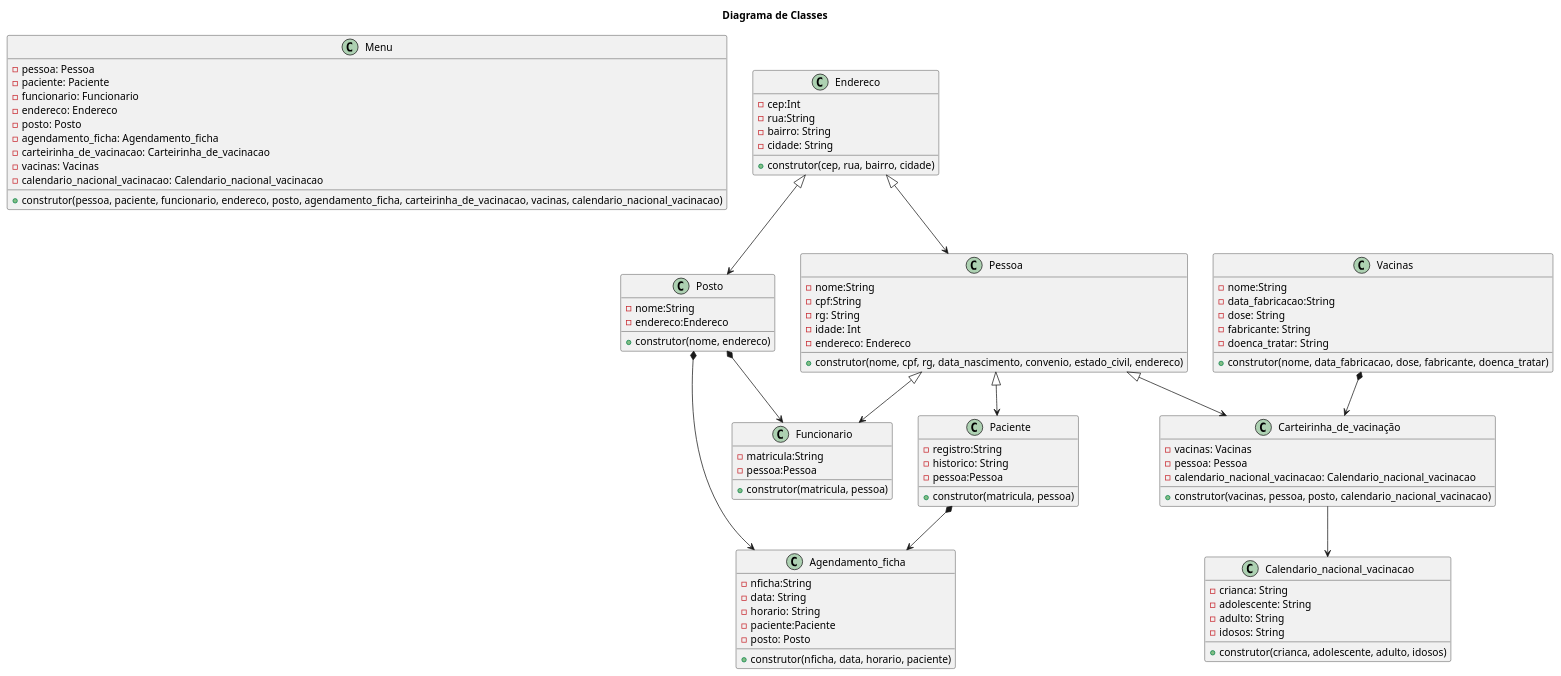
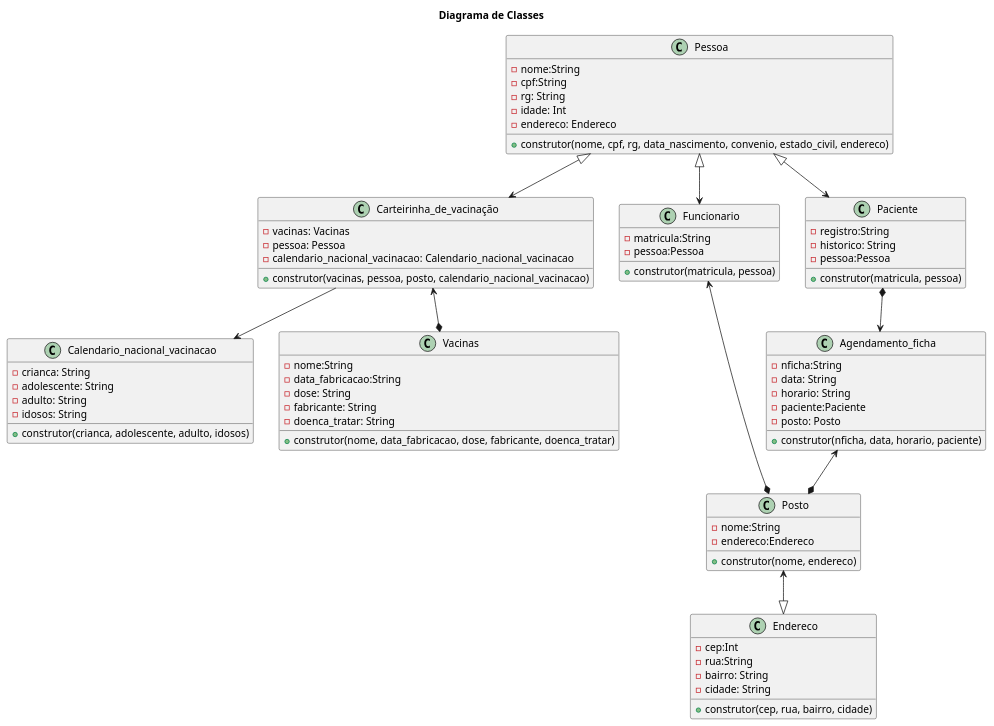
One commit to anleaes/2022-1-N2-POO-04 changed the diagram in @startuml herenca composicao.plantUML. Above: the diagram before and after it, drawn with PlantUML. The commit also changed 3 other files, not shown here.

```diff
--- a/@startuml herenca composicao.plantUML
+++ b/@startuml herenca composicao.plantUML
@@ -1,104 +1,90 @@
 @startuml herenca composicao
 
 title Diagrama de Classes
 
-class Menu{
-    -pessoa: Pessoa
-    -paciente: Paciente
-    -funcionario: Funcionario
-    -endereco: Endereco
-    -posto: Posto
-    -agendamento_ficha: Agendamento_ficha
-    -carteirinha_de_vacinacao: Carteirinha_de_vacinacao
-    -vacinas: Vacinas
-    -calendario_nacional_vacinacao: Calendario_nacional_vacinacao
-    +construtor(pessoa, paciente, funcionario, endereco, posto, agendamento_ficha, carteirinha_de_vacinacao, vacinas, calendario_nacional_vacinacao)
-
-}
 class Carteirinha_de_vacinação{
     - vacinas: Vacinas
     - pessoa: Pessoa
     - calendario_nacional_vacinacao: Calendario_nacional_vacinacao
     + construtor(vacinas, pessoa, posto, calendario_nacional_vacinacao)
 } 
  
 
 class Posto{
     - nome:String
     - endereco:Endereco
     + construtor(nome, endereco)
-
 }
 
 class Calendario_nacional_vacinacao{
     - crianca: String
     - adolescente: String
     - adulto: String
     - idosos: String
     + construtor(crianca, adolescente, adulto, idosos)
 } 
 
 
 
 class Endereco{
     - cep:Int
     - rua:String
     - bairro: String
     - cidade: String
     + construtor(cep, rua, bairro, cidade)
 }
 
 class Pessoa{
     - nome:String
     - cpf:String
     - rg: String
     - idade: Int
     - endereco: Endereco
     + construtor(nome, cpf, rg, data_nascimento, convenio, estado_civil, endereco)
 }
 class Vacinas{
     - nome:String
     - data_fabricacao:String
     - dose: String
     - fabricante: String
     - doenca_tratar: String
     + construtor(nome, data_fabricacao, dose, fabricante, doenca_tratar)
 }
 
 class Funcionario{
     - matricula:String
     - pessoa:Pessoa
     + construtor(matricula, pessoa)
 
 }
 
 class Paciente{
     - registro:String
     - historico: String
     - pessoa:Pessoa
     + construtor(matricula, pessoa)
     }
 
 class Agendamento_ficha{
     - nficha:String
     - data: String
     - horario: String
     - paciente:Paciente
     - posto: Posto
     + construtor(nficha, data, horario, paciente)
     }
 
 Pessoa <|--> Paciente
+Paciente *--> Agendamento_ficha
+Agendamento_ficha <--* Posto
+Posto<--|> Endereco
+
 Pessoa <|--> Funcionario
-Endereco <|--> Pessoa
-Endereco <|--> Posto
+Funcionario <--* Posto
+
+Pessoa <|--> Carteirinha_de_vacinação 
+Carteirinha_de_vacinação <--* Vacinas
 Carteirinha_de_vacinação --> Calendario_nacional_vacinacao
-Pessoa <|--> Carteirinha_de_vacinação 
-
-Posto *--> Funcionario
-Posto *--> Agendamento_ficha
-Vacinas *--> Carteirinha_de_vacinação
-Paciente *--> Agendamento_ficha
 
 
 @enduml 
```
